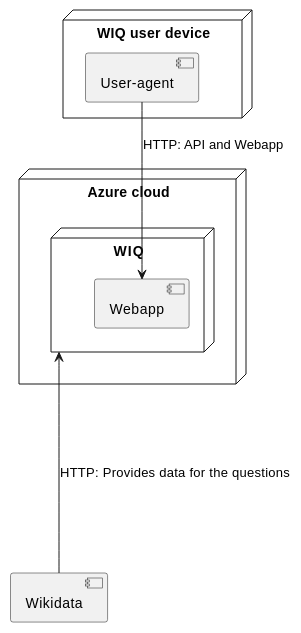
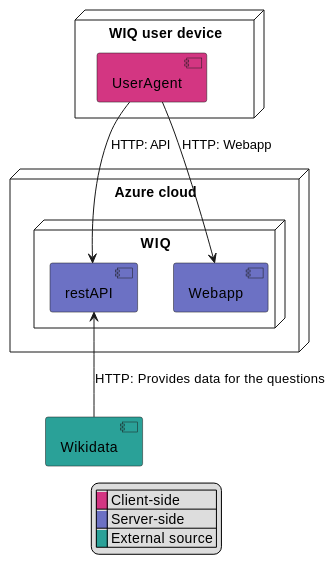
One commit to Arquisoft/wiq_es1c changed the second of 2 diagrams in docs/src/03_system_scope_and_context.adoc. Above: the diagram before and after it, drawn with PlantUML. The commit also changed other lines of this file, not shown here.

Commit message:
Updated 03 (Again)

```diff
--- a/docs/src/03_system_scope_and_context.adoc
+++ b/docs/src/03_system_scope_and_context.adoc
@@ -33,15 +34,25 @@
 [plantuml, "technicalcontext", png]
 ----
 node "Azure cloud" {
   node "WIQ" {
-    [Webapp]
+    Component Webapp #6c71c4
+    Component restAPI #6c71c4
   }
 }
 
 node "WIQ user device" {
-  [User-agent]
+  Component UserAgent #d33682
 }
 
-[User-agent] --> Webapp: HTTP: API and Webapp
-[Wikidata] --up--> WIQ : HTTP: Provides data for the questions
+Component Wikidata #2aa198
+
+UserAgent -down-> Webapp: HTTP: Webapp 
+UserAgent -down-> restAPI: HTTP: API
+Wikidata -up-> restAPI : HTTP: Provides data for the questions
+
+legend
+ |<back:#d33682>   </back>| Client-side |
+ |<back:#6c71c4>   </back>| Server-side |
+ |<back:#2aa198>   </back>| External source ||
+endlegend
 ----
```
